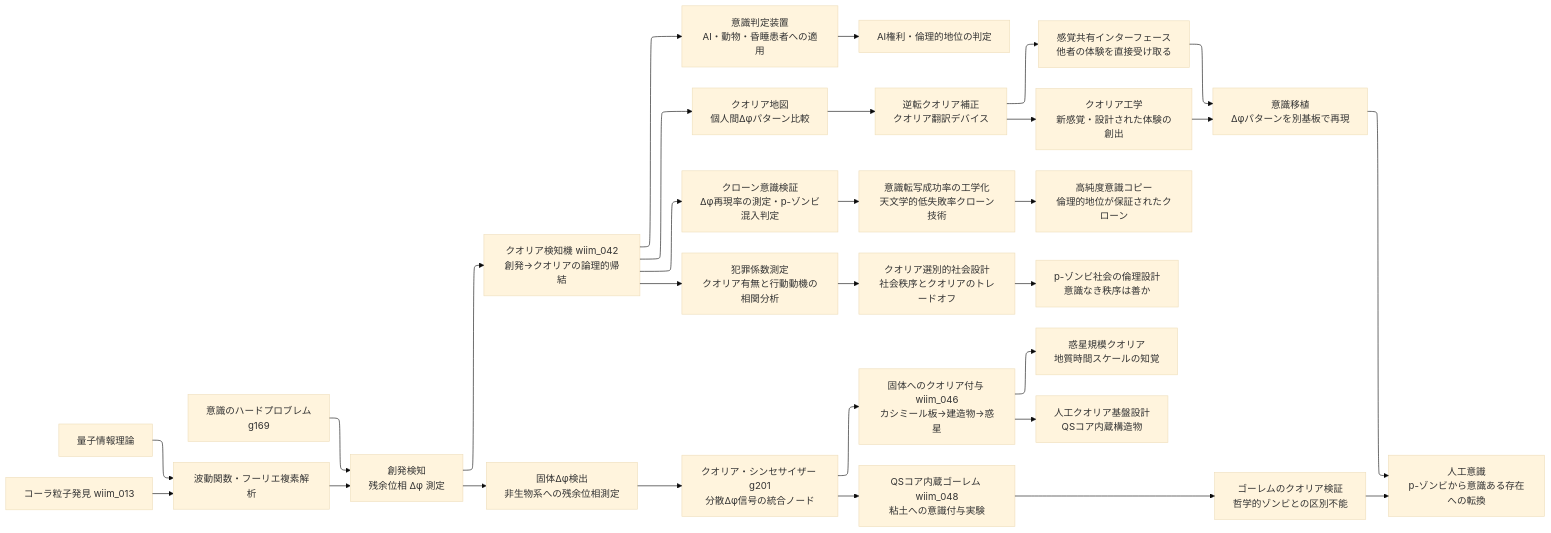
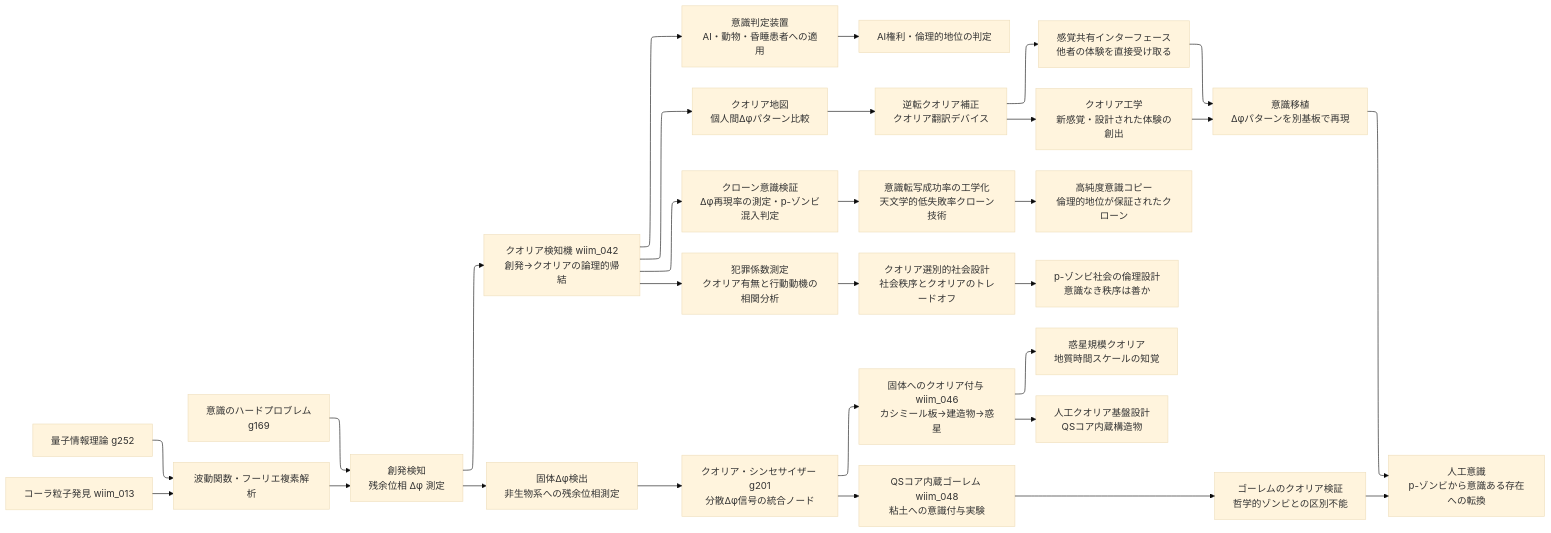
Before and after one commit to theronium/WhatIfImpossible: the sixth of 11 diagrams in docs/notes/tech_tree.md, drawn with Mermaid (base theme). The commit also changed other lines of this file and 73 other files, not shown here.

````diff
--- a/docs/notes/tech_tree.md
+++ b/docs/notes/tech_tree.md
@@ -291,46 +291,46 @@
 ```mermaid
 %%{init: {"layout": "elk"}}%%
 flowchart LR
-    CON1[量子情報理論]
+    CON1[量子情報理論 g252]
     CON2[コーラ粒子発見 wiim_013]
     CON3[意識のハードプロブレム\ng169]
 
     CON1 --> CON4[波動関数・フーリエ複素解析]
     CON2 --> CON4
     CON4 --> CON5[創発検知\n残余位相 Δφ 測定]
     CON3 --> CON5
 
     CON5 --> CON6[クオリア検知機 wiim_042\n創発→クオリアの論理的帰結]
 
     CON6 --> CON7[意識判定装置\nAI・動物・昏睡患者への適用]
     CON6 --> CON8[クオリア地図\n個人間Δφパターン比較]
 
     CON7 --> CON9[AI権利・倫理的地位の判定]
     CON8 --> CON10[逆転クオリア補正\nクオリア翻訳デバイス]
 
     CON10 --> CON11[感覚共有インターフェース\n他者の体験を直接受け取る]
     CON10 --> CON12[クオリア工学\n新感覚・設計された体験の創出]
 
     CON11 --> CON13[意識移植\nΔφパターンを別基板で再現]
     CON12 --> CON13
 
     CON13 --> CON14[人工意識\np-ゾンビから意識ある存在への転換]
 
     CON6 --> CON15[クローン意識検証\nΔφ再現率の測定・p-ゾンビ混入判定]
     CON15 --> CON16[意識転写成功率の工学化\n天文学的低失敗率クローン技術]
     CON16 --> CON17[高純度意識コピー\n倫理的地位が保証されたクローン]
 
     CON6 --> CON18[犯罪係数測定\nクオリア有無と行動動機の相関分析]
     CON18 --> CON19[クオリア選別的社会設計\n社会秩序とクオリアのトレードオフ]
     CON19 --> CON20[p-ゾンビ社会の倫理設計\n意識なき秩序は善か]
 
     CON5 --> CON21[固体Δφ検出\n非生物系への残余位相測定]
     CON21 --> CON22[クオリア・シンセサイザー g201\n分散Δφ信号の統合ノード]
     CON22 --> CON23[固体へのクオリア付与 wiim_046\nカシミール板→建造物→惑星]
     CON23 --> CON24[惑星規模クオリア\n地質時間スケールの知覚]
     CON23 --> CON25[人工クオリア基盤設計\nQSコア内蔵構造物]
 
     CON22 --> CON26[QSコア内蔵ゴーレム wiim_048\n粘土への意識付与実験]
     CON26 --> CON27[ゴーレムのクオリア検証\n哲学的ゾンビとの区別不能]
     CON27 --> CON14
 ```
````
